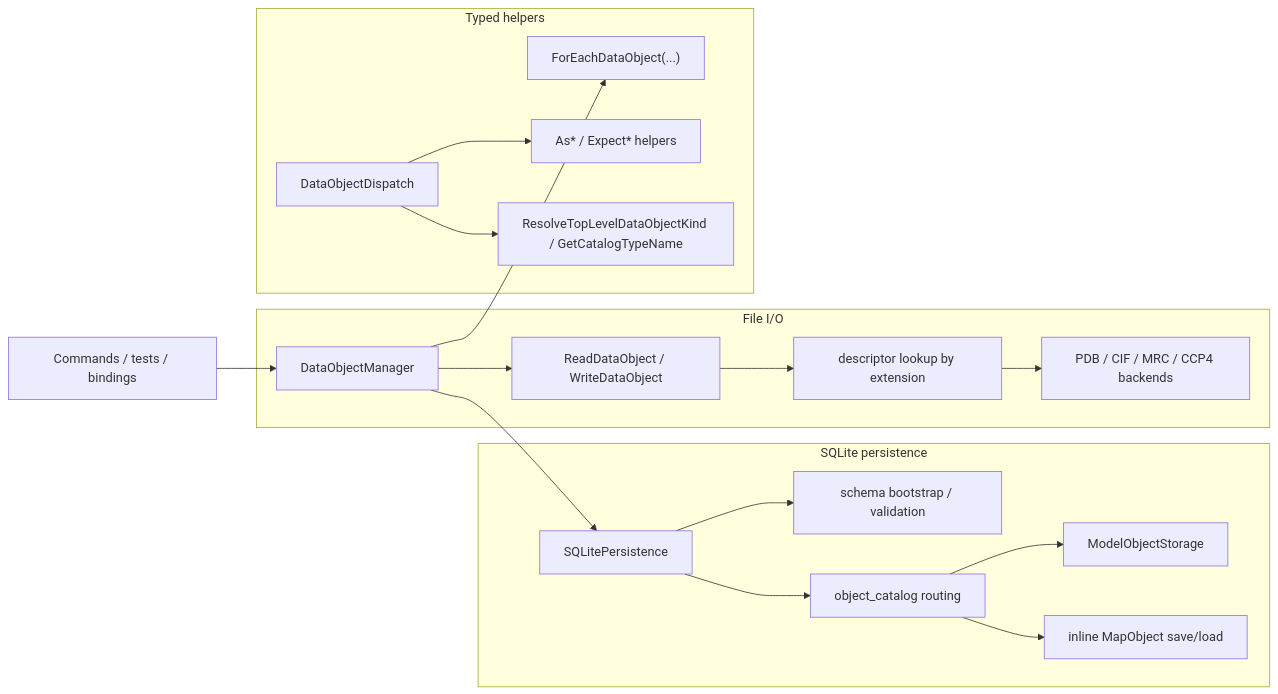
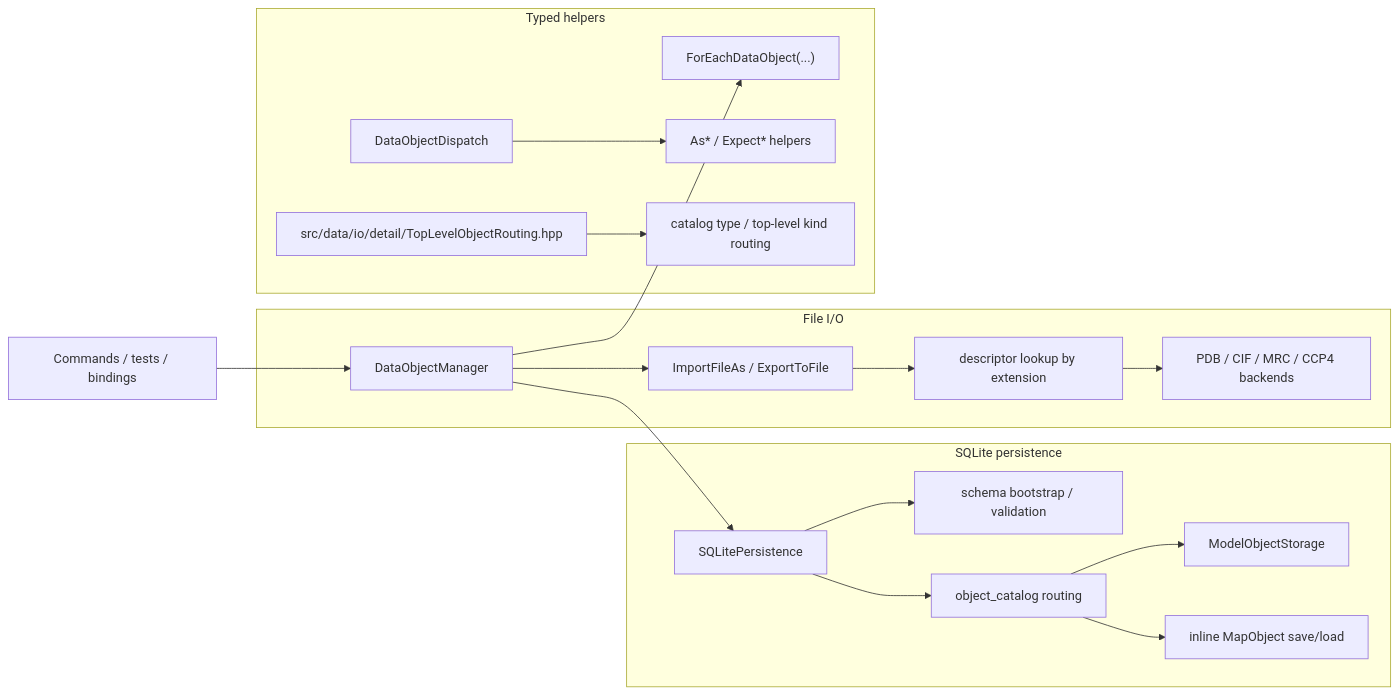
One commit to yslianTim/rhbm_gem changed the diagram in docs/developer/architecture/dataobject-io-architecture.md. Above: the diagram before and after it, drawn with Mermaid. The commit also changed other lines of this file and 21 other files, not shown here.

````diff
--- a/docs/developer/architecture/dataobject-io-architecture.md
+++ b/docs/developer/architecture/dataobject-io-architecture.md
@@ -48,24 +48,24 @@
 ```mermaid
 flowchart LR
     A["Commands / tests / bindings"] --> B["DataObjectManager"]
 
     subgraph F["File I/O"]
-      B --> C["ReadDataObject / WriteDataObject"]
+      B --> C["ImportFileAs<T> / ExportToFile"]
       C --> D["descriptor lookup by extension"]
       D --> E["PDB / CIF / MRC / CCP4 backends"]
     end
 
     subgraph P["SQLite persistence"]
       B --> H["SQLitePersistence"]
       H --> I["schema bootstrap / validation"]
       H --> J["object_catalog routing"]
       J --> K["ModelObjectStorage"]
       J --> L["inline MapObject save/load"]
     end
 
     subgraph T["Typed helpers"]
       B --> M["ForEachDataObject(...)"]
       N["DataObjectDispatch"] --> N1["As* / Expect* helpers"]
-      N --> N2["ResolveTopLevelDataObjectKind / GetCatalogTypeName"]
+      O["src/data/io/detail/TopLevelObjectRouting.hpp"] --> O1["catalog type / top-level kind routing"]
     end
 ```
````
